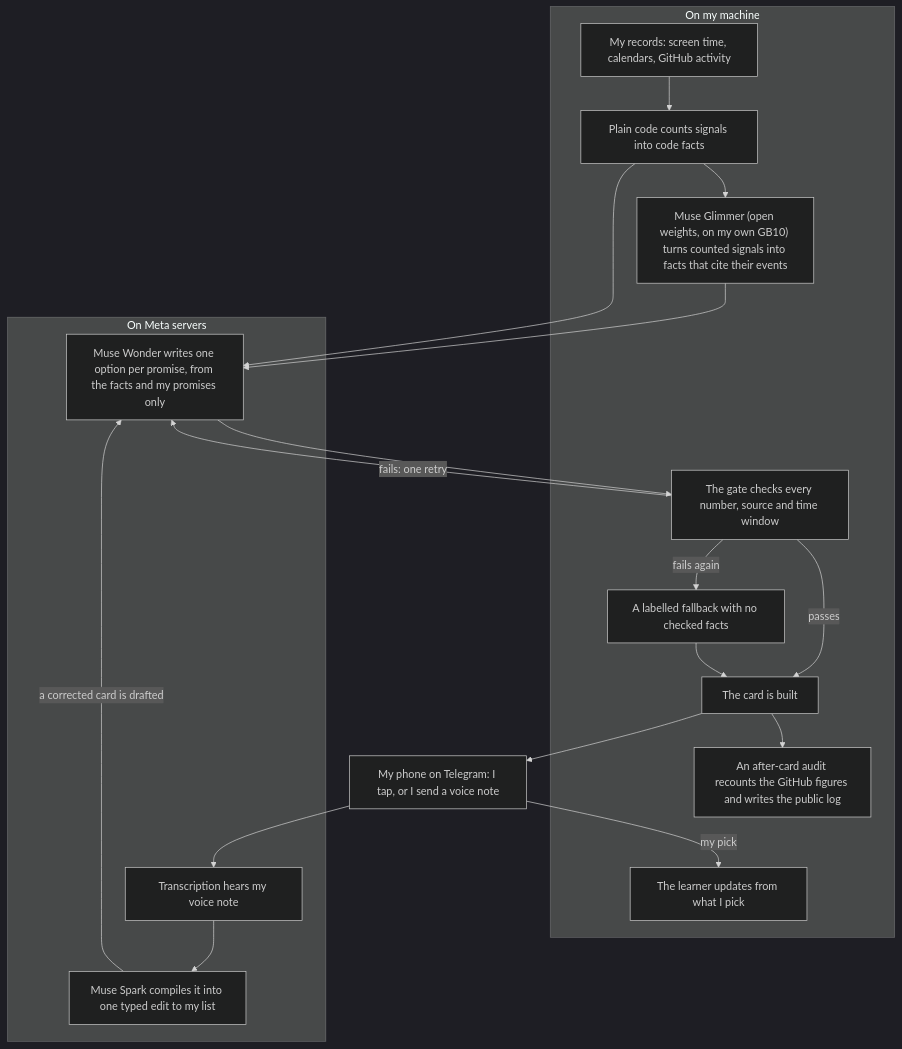
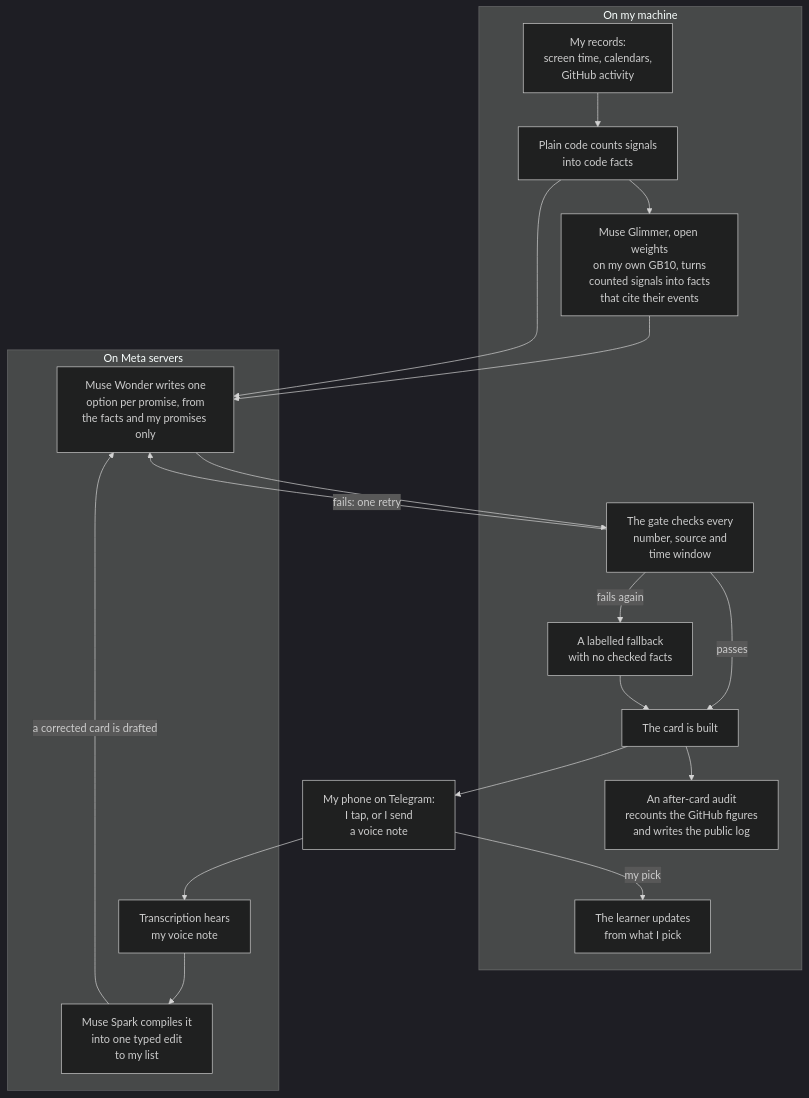
One commit to macayaven/ikigai-loop changed the first of 3 diagrams in README.md. Above: the diagram before and after it, drawn with Mermaid (dark theme). The commit also changed other lines of this file and 1 other file, not shown here.

Commit message:
Docs 12: line breaks in the diagram labels, so no browser cuts them off

````diff
--- a/README.md
+++ b/README.md
@@ -31,29 +31,29 @@
 ```mermaid
 flowchart TD
     subgraph Mine["On my machine"]
-        Records["My records: screen time, calendars, GitHub activity"]
-        Counted["Plain code counts signals into code facts"]
-        Glimmer["Muse Glimmer (open weights, on my own GB10) turns counted signals into facts that cite their events"]
-        Gate["The gate checks every number, source and time window"]
-        Fallback["A labelled fallback with no checked facts"]
+        Records["My records:<br/>screen time, calendars,<br/>GitHub activity"]
+        Counted["Plain code counts signals<br/>into code facts"]
+        Glimmer["Muse Glimmer, open weights<br/>on my own GB10, turns<br/>counted signals into facts<br/>that cite their events"]
+        Gate["The gate checks every<br/>number, source and<br/>time window"]
+        Fallback["A labelled fallback<br/>with no checked facts"]
         Card["The card is built"]
-        Learn["The learner updates from what I pick"]
-        Audit["An after-card audit recounts the GitHub figures and writes the public log"]
+        Learn["The learner updates<br/>from what I pick"]
+        Audit["An after-card audit<br/>recounts the GitHub figures<br/>and writes the public log"]
     end
     subgraph Meta["On Meta servers"]
-        Wonder["Muse Wonder writes one option per promise, from the facts and my promises only"]
-        Hear["Transcription hears my voice note"]
-        Compile["Muse Spark compiles it into one typed edit to my list"]
+        Wonder["Muse Wonder writes one<br/>option per promise, from<br/>the facts and my promises only"]
+        Hear["Transcription hears<br/>my voice note"]
+        Compile["Muse Spark compiles it<br/>into one typed edit<br/>to my list"]
     end
-    Phone["My phone on Telegram: I tap, or I send a voice note"]
+    Phone["My phone on Telegram:<br/>I tap, or I send<br/>a voice note"]
     Records --> Counted --> Glimmer --> Wonder
     Counted --> Wonder
     Wonder --> Gate
     Gate -- "passes" --> Card --> Phone
     Gate -- "fails: one retry" --> Wonder
     Gate -- "fails again" --> Fallback --> Card
     Phone --> Hear --> Compile
     Compile -- "a corrected card is drafted" --> Wonder
     Phone -- "my pick" --> Learn
     Card --> Audit
 ```
````
